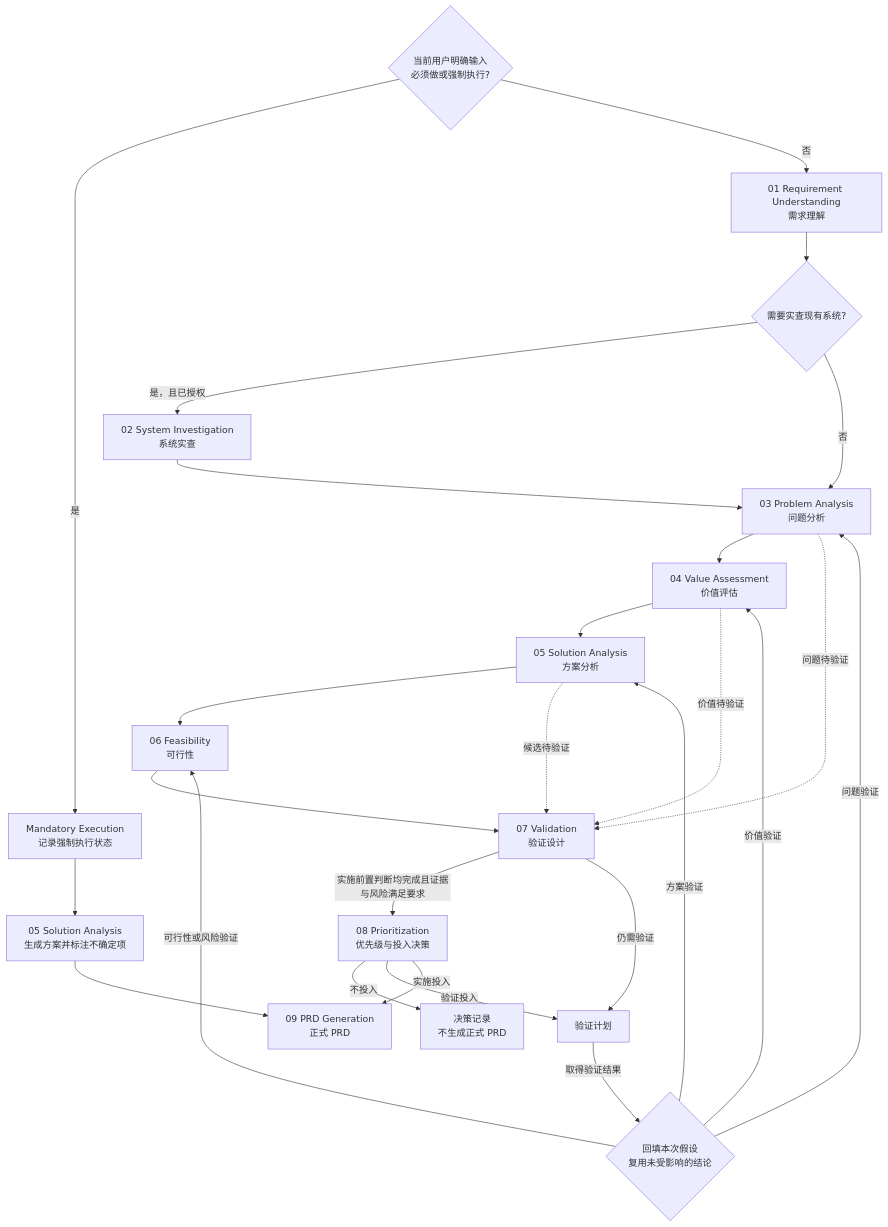
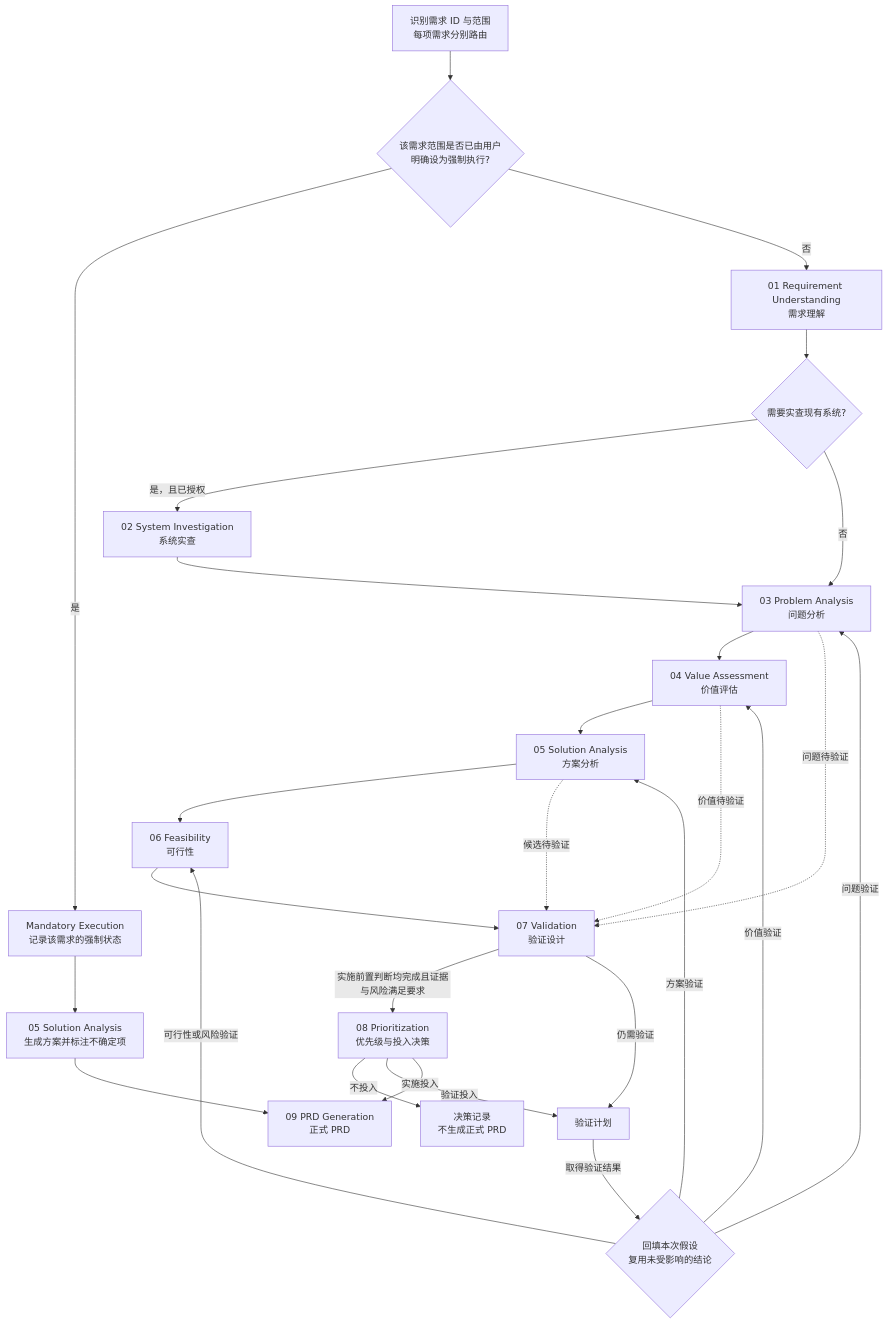
One commit to sakura1412/read-her-heart changed the diagram in README.md. Above: the diagram before and after it, drawn with Mermaid. The commit also changed other lines of this file and 7 other files, not shown here.

````diff
--- a/README.md
+++ b/README.md
@@ -56,29 +56,29 @@
 ```mermaid
 flowchart TD
-    M{当前用户明确输入<br/>必须做或强制执行?}
-    M -->|是| X[Mandatory Execution<br/>记录强制执行状态]
+    S[识别需求 ID 与范围<br/>每项需求分别路由] --> M{该需求范围是否已由用户<br/>明确设为强制执行?}
+    M -->|是| X[Mandatory Execution<br/>记录该需求的强制状态]
     X --> Y[05 Solution Analysis<br/>生成方案并标注不确定项]
     Y --> L[09 PRD Generation<br/>根据方案生成 PRD]
     M -->|否| A[01 Requirement Understanding<br/>需求理解]
     A --> B{需要实查现有系统?}
     B -->|是，且已授权| C[02 System Investigation<br/>系统实查]
     B -->|否| D[03 Problem Analysis<br/>问题分析]
     C --> D
     D --> E[04 Value Assessment<br/>价值评估]
     E --> F[05 Solution Analysis<br/>方案分析]
     F --> G[06 Feasibility<br/>可行性]
     G --> H[07 Validation<br/>验证设计]
     D -.->|问题待验证| H
     E -.->|价值待验证| H
     F -.->|候选待验证| H
     H -->|实施前置判断均完成且证据与风险满足要求| I[08 Prioritization<br/>优先级与投入决策]
     H -->|仍需验证| K[验证计划]
     I -->|不投入| J[决策记录<br/>不生成正式 PRD]
     I -->|验证投入| K
     K -->|取得验证结果| R{回填本次假设<br/>复用未受影响的结论}
     R -->|问题验证| D
     R -->|价值验证| E
     R -->|方案验证| F
     R -->|可行性或风险验证| G
     I -->|实施投入| L[09 PRD Generation<br/>正式 PRD]
 ```
````
